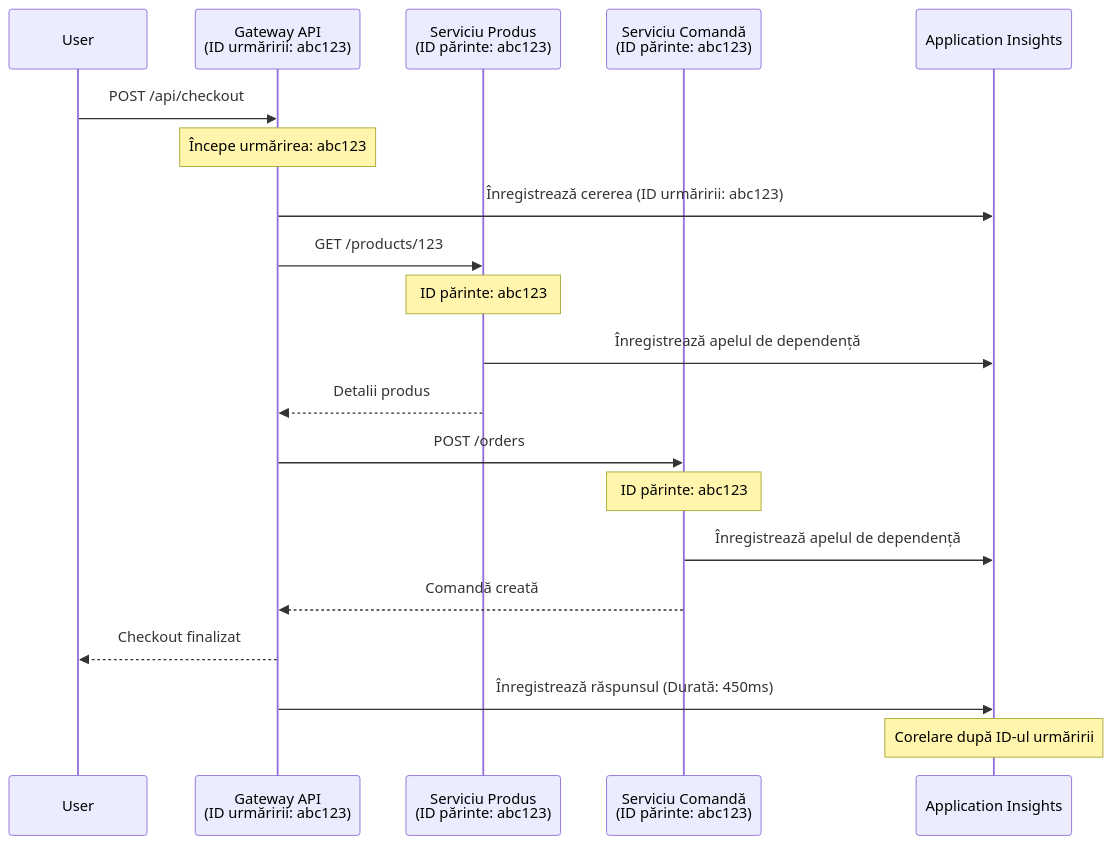
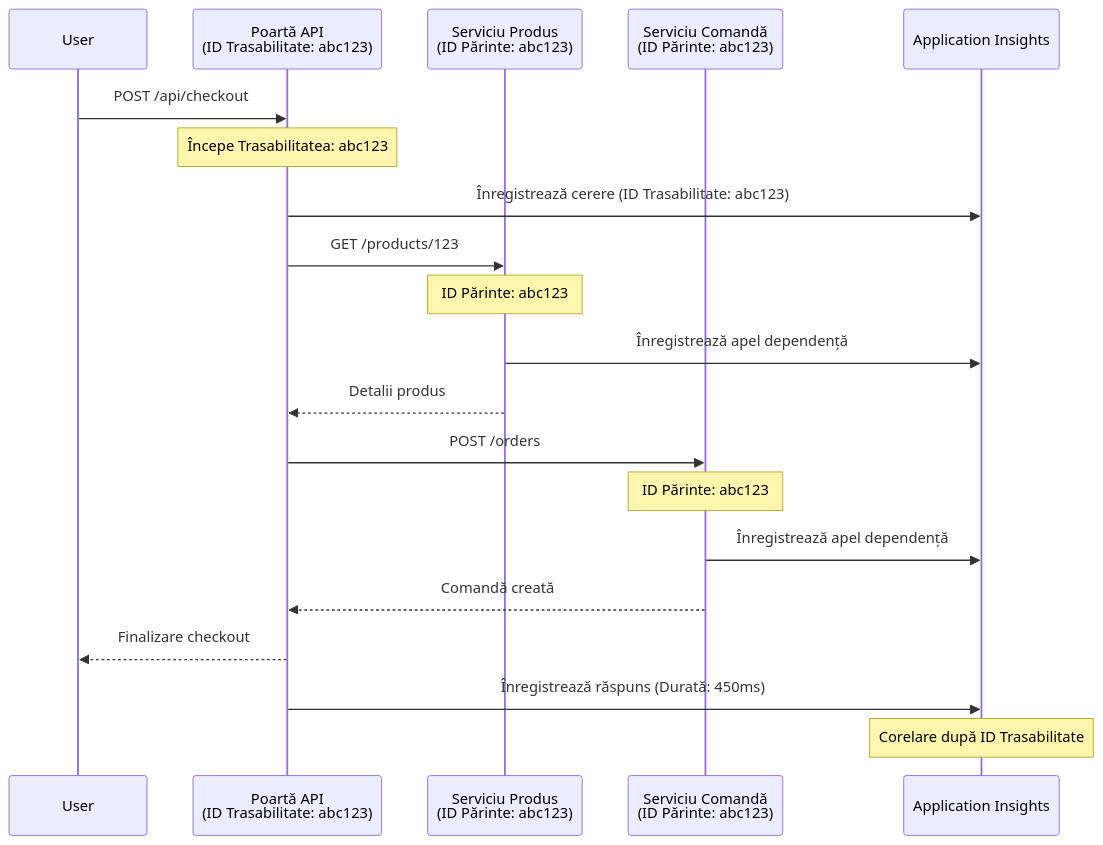
Before and after one commit to microsoft/AZD-for-beginners: the second of 2 diagrams in translations/ro/docs/chapter-06-pre-deployment/application-insights.md, drawn with Mermaid. The commit also changed other lines of this file and 101 other files, not shown here.

````diff
--- a/translations/ro/docs/chapter-06-pre-deployment/application-insights.md
+++ b/translations/ro/docs/chapter-06-pre-deployment/application-insights.md
@@ -744,27 +744,27 @@
 ```mermaid
 sequenceDiagram
     participant User
-    participant Gateway as Gateway API<br/>(ID urmăririi: abc123)
-    participant Product as Serviciu Produs<br/>(ID părinte: abc123)
-    participant Order as Serviciu Comandă<br/>(ID părinte: abc123)
+    participant Gateway as Poartă API<br/>(ID Trasabilitate: abc123)
+    participant Product as Serviciu Produs<br/>(ID Părinte: abc123)
+    participant Order as Serviciu Comandă<br/>(ID Părinte: abc123)
     participant AppInsights as Application Insights
     
     User->>Gateway: POST /api/checkout
-    Note over Gateway: Începe urmărirea: abc123
-    Gateway->>AppInsights: Înregistrează cererea (ID urmăririi: abc123)
+    Note over Gateway: Începe Trasabilitatea: abc123
+    Gateway->>AppInsights: Înregistrează cerere (ID Trasabilitate: abc123)
     
     Gateway->>Product: GET /products/123
-    Note over Product: ID părinte: abc123
-    Product->>AppInsights: Înregistrează apelul de dependență
+    Note over Product: ID Părinte: abc123
+    Product->>AppInsights: Înregistrează apel dependență
     Product-->>Gateway: Detalii produs
     
     Gateway->>Order: POST /orders
-    Note over Order: ID părinte: abc123
-    Order->>AppInsights: Înregistrează apelul de dependență
+    Note over Order: ID Părinte: abc123
+    Order->>AppInsights: Înregistrează apel dependență
     Order-->>Gateway: Comandă creată
     
-    Gateway-->>User: Checkout finalizat
-    Gateway->>AppInsights: Înregistrează răspunsul (Durată: 450ms)
+    Gateway-->>User: Finalizare checkout
+    Gateway->>AppInsights: Înregistrează răspuns (Durată: 450ms)
     
-    Note over AppInsights: Corelare după ID-ul urmăririi
+    Note over AppInsights: Corelare după ID Trasabilitate
 ```
````
